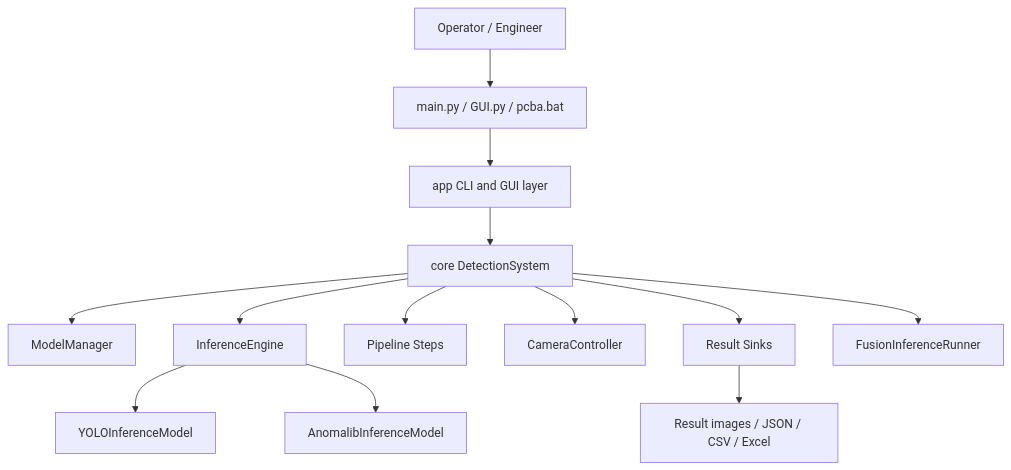
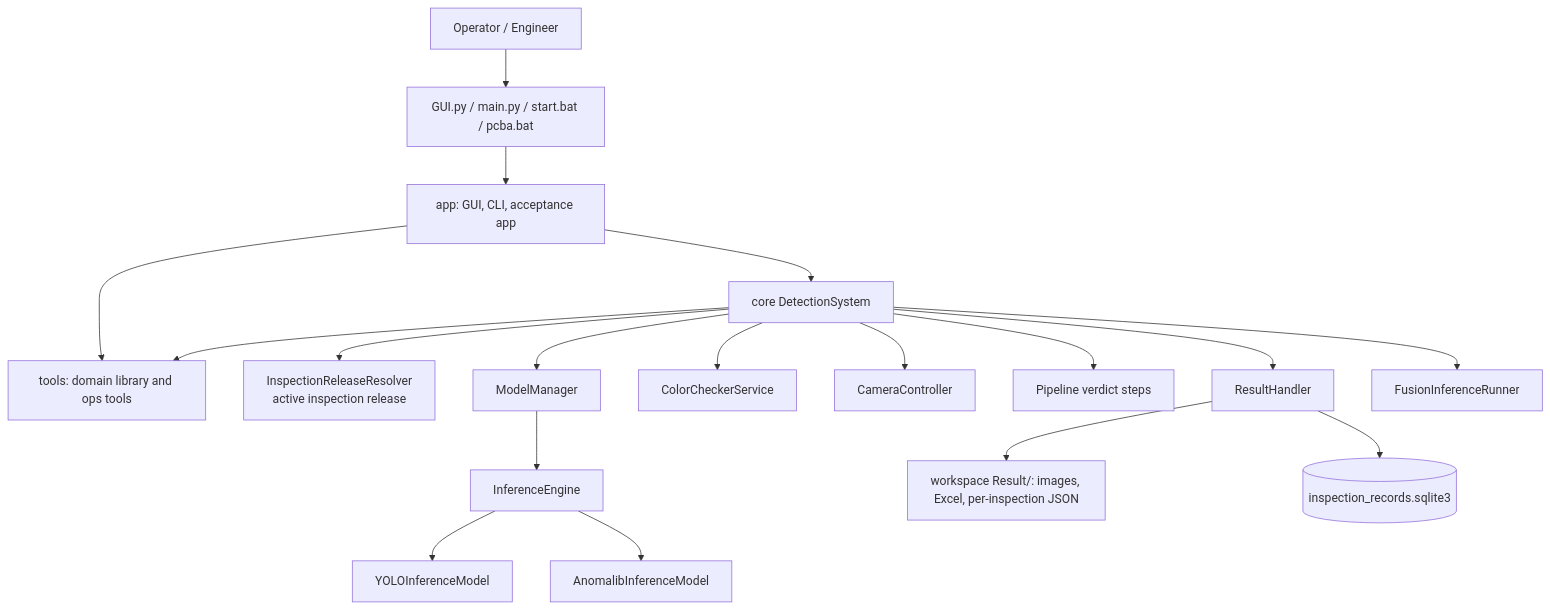
One commit to DioWang67/Yolo_anomalib changed the first of 2 diagrams in docs/architecture/MODULE_ARCHITECTURE.md. Above: the diagram before and after it, drawn with Mermaid. The commit also changed other lines of this file and 2 other files, not shown here.

First line of the commit message:
docs(architecture): rewrite the module architecture from a code audit

````diff
--- a/docs/architecture/MODULE_ARCHITECTURE.md
+++ b/docs/architecture/MODULE_ARCHITECTURE.md
@@ -17,15 +23,20 @@
 ```mermaid
 graph TD
-    User[Operator / Engineer] --> Entrypoints[main.py / GUI.py / pcba.bat]
-    Entrypoints --> App[app CLI and GUI layer]
+    User[Operator / Engineer] --> Entrypoints[GUI.py / main.py / start.bat / pcba.bat]
+    Entrypoints --> App[app: GUI, CLI, acceptance app]
     App --> Core[core DetectionSystem]
+    App --> Tools[tools: domain library and ops tools]
+    Core --> Release[InspectionReleaseResolver<br/>active inspection release]
     Core --> ModelManager[ModelManager]
-    Core --> InferenceEngine[InferenceEngine]
-    Core --> Pipeline[Pipeline Steps]
+    Core --> Color[ColorCheckerService]
     Core --> Camera[CameraController]
-    Core --> Results[Result Sinks]
+    Core --> Pipeline[Pipeline verdict steps]
+    Core --> Results[ResultHandler]
+    Core --> Tools
+    ModelManager --> InferenceEngine[InferenceEngine]
     InferenceEngine --> YOLO[YOLOInferenceModel]
     InferenceEngine --> Anomalib[AnomalibInferenceModel]
     Core --> Fusion[FusionInferenceRunner]
-    Results --> Disk[Result images / JSON / CSV / Excel]
+    Results --> Disk[workspace Result/: images, Excel, per-inspection JSON]
+    Results --> DB[(inspection_records.sqlite3)]
 ```
````
